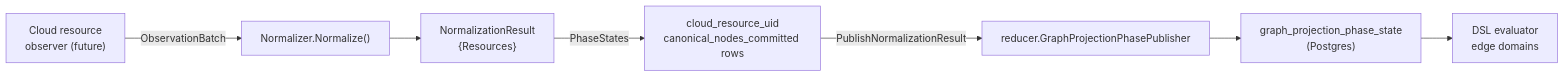
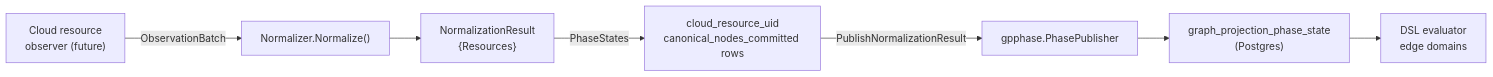
The diagram in go/internal/reducer/tags/README.md (eshu-hq/eshu), drawn with Mermaid before and after one commit. The commit also changed other lines of this file and 9 other files, not shown here.

````diff
--- a/go/internal/reducer/tags/README.md
+++ b/go/internal/reducer/tags/README.md
@@ -10,9 +10,9 @@
 ```mermaid
 flowchart LR
   TagSource["Cloud resource\nobserver (future)"] -->|ObservationBatch| Normalizer["Normalizer.Normalize()"]
   Normalizer --> Result["NormalizationResult\n{Resources}"]
   Result -->|PhaseStates| PhaseRows["cloud_resource_uid\ncanonical_nodes_committed rows"]
-  PhaseRows -->|PublishNormalizationResult| Publisher["reducer.GraphProjectionPhasePublisher"]
+  PhaseRows -->|PublishNormalizationResult| Publisher["gpphase.PhasePublisher"]
   Publisher --> PhaseTable["graph_projection_phase_state\n(Postgres)"]
   PhaseTable --> DownstreamEdges["DSL evaluator\nedge domains"]
 ```
````
